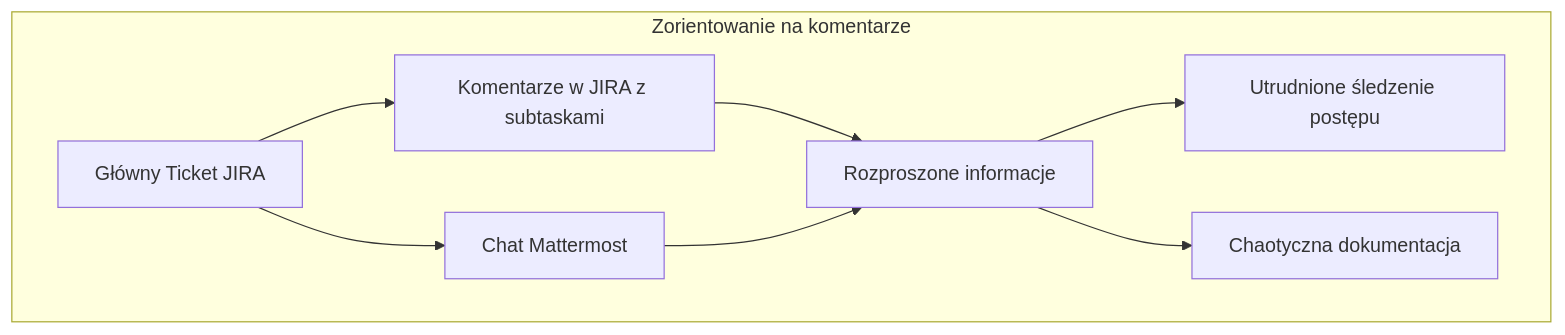
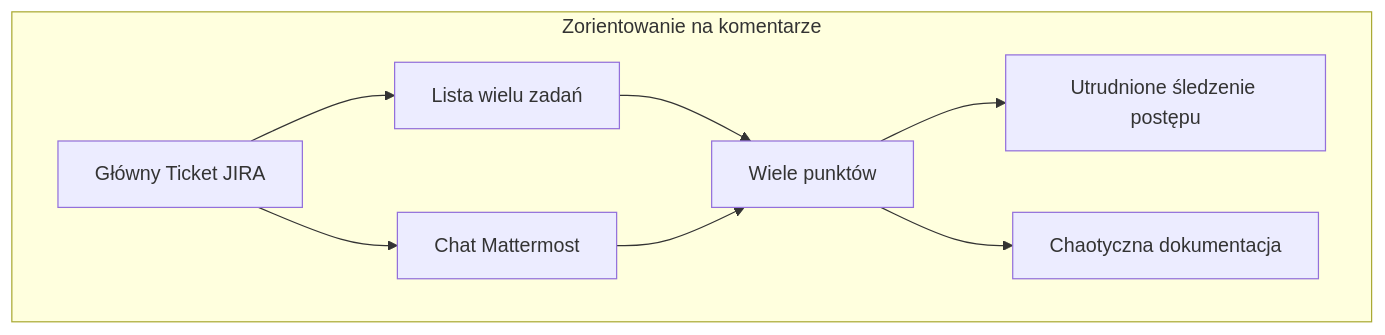
The first of 3 diagrams in README.md (tom-sapletta-com/komunikacja), drawn with Mermaid before and after one commit. The commit also changed other lines of this file, not shown here.

````diff
--- a/README.md
+++ b/README.md
@@ -7,11 +7,11 @@
 ```mermaid
 graph TB
     subgraph Zorientowanie na komentarze
-        A[Główny Ticket JIRA] --> B[Komentarze w JIRA z subtaskami]
+        A[Główny Ticket JIRA] --> B[Lista wielu zadań]
         A --> C[Chat Mattermost]
-        B --> D[Rozproszone informacje]
+        B --> D[Wiele punktów]
         C --> D
         D --> E[Utrudnione śledzenie postępu]
         D --> F[Chaotyczna dokumentacja]        
     end
 ```
````
